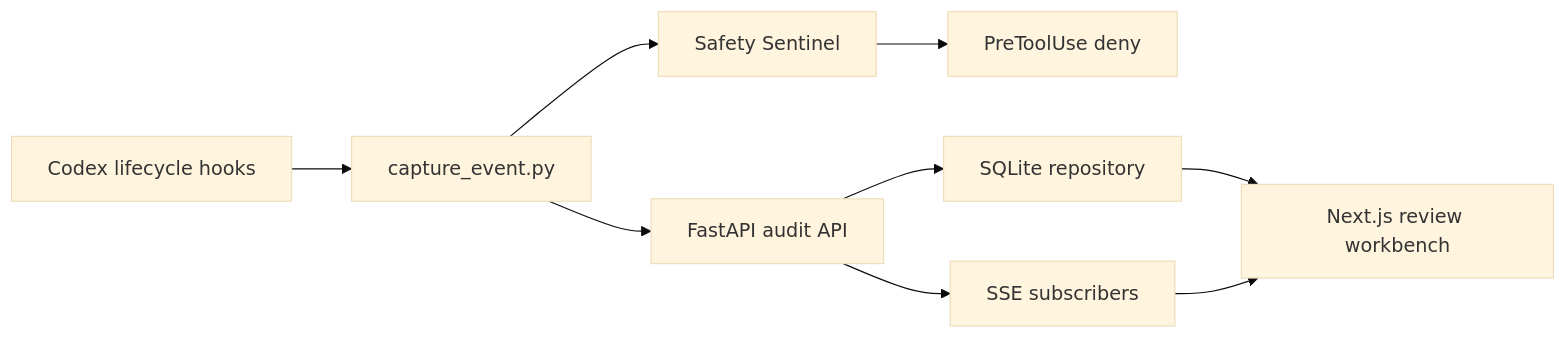
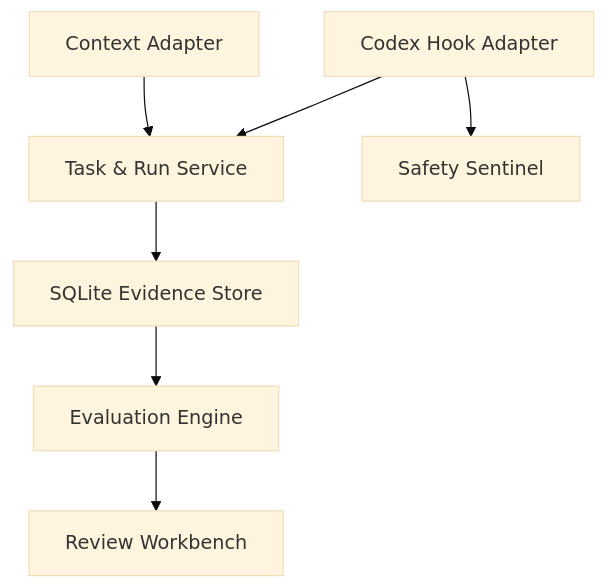
The second of 3 diagrams in DESIGN.md (sorenjing/EvolveTrace), drawn with Mermaid (base theme) before and after one commit. The commit also changed other lines of this file and 3 other files, not shown here.

````diff
--- a/DESIGN.md
+++ b/DESIGN.md
@@ -22,11 +83,9 @@
 ```mermaid
-flowchart LR
-    A["Codex lifecycle hooks"] --> B["capture_event.py"]
-    B --> C["Safety Sentinel"]
-    B --> D["FastAPI audit API"]
-    C --> E["PreToolUse deny"]
-    D --> F["SQLite repository"]
-    D --> G["SSE subscribers"]
-    F --> H["Next.js review workbench"]
-    G --> H
+flowchart TD
+    A["Context Adapter"] --> B["Task & Run Service"]
+    C["Codex Hook Adapter"] --> B
+    B --> D["SQLite Evidence Store"]
+    D --> E["Evaluation Engine"]
+    E --> F["Review Workbench"]
+    C --> G["Safety Sentinel"]
 ```
````
